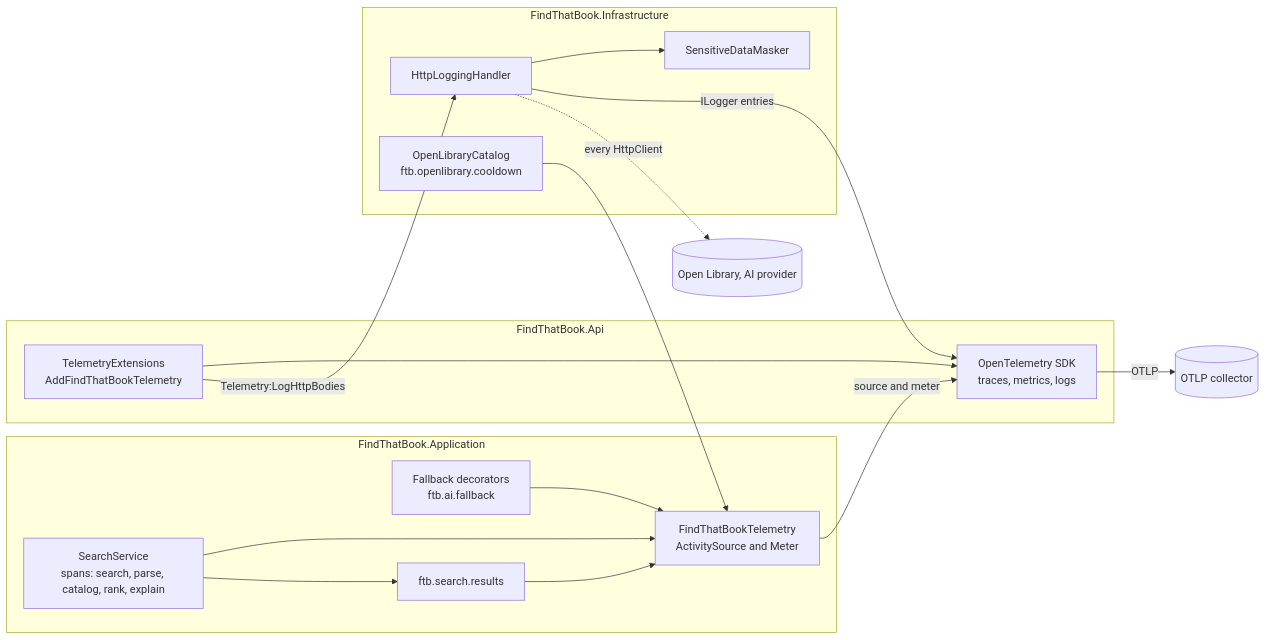
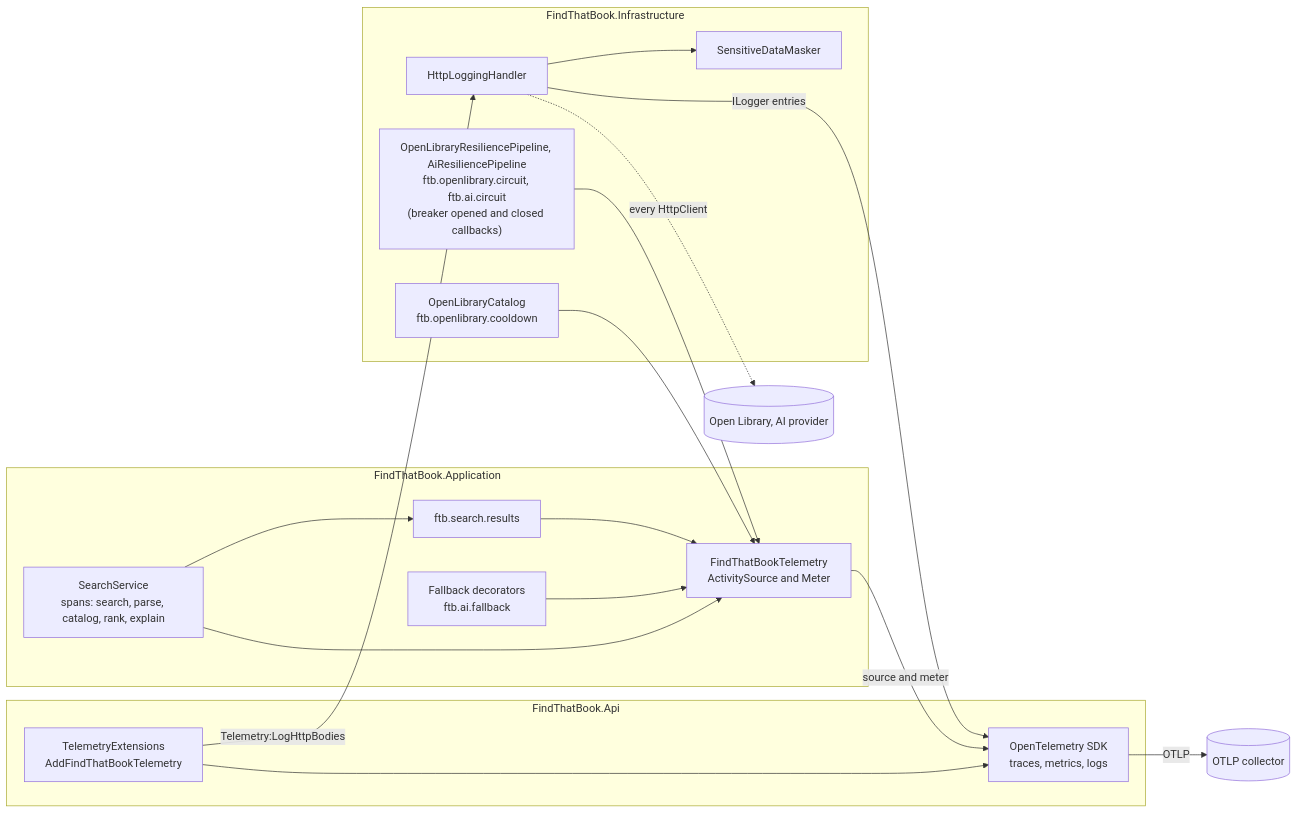
One commit to juan-alvarez-at-trip-arc/find-that-book changed the diagram in docs/architecture/07-telemetry.md. Above: the diagram before and after it, drawn with Mermaid. The commit also changed other lines of this file and 32 other files, not shown here.

First line of the commit message:
feat: add Polly retry, circuit breaker and timeouts for Open Library and AI calls

````diff
--- a/docs/architecture/07-telemetry.md
+++ b/docs/architecture/07-telemetry.md
@@ -5,32 +5,34 @@
 ```mermaid
 flowchart LR
     subgraph Api["FindThatBook.Api"]
         TE["TelemetryExtensions<br/>AddFindThatBookTelemetry"]
         OTel["OpenTelemetry SDK<br/>traces, metrics, logs"]
     end
 
     subgraph App_["FindThatBook.Application"]
         FT["FindThatBookTelemetry<br/>ActivitySource and Meter"]
         SS["SearchService<br/>spans: search, parse, catalog, rank, explain"]
         FB["Fallback decorators<br/>ftb.ai.fallback"]
         SR["ftb.search.results"]
     end
 
     subgraph Infra["FindThatBook.Infrastructure"]
         HL["HttpLoggingHandler"]
         M["SensitiveDataMasker"]
         OC["OpenLibraryCatalog<br/>ftb.openlibrary.cooldown"]
+        RP["OpenLibraryResiliencePipeline, AiResiliencePipeline<br/>ftb.openlibrary.circuit, ftb.ai.circuit<br/>(breaker opened and closed callbacks)"]
     end
 
     SS --> FT
     FB --> FT
     SS --> SR --> FT
     OC --> FT
+    RP --> FT
     TE --> OTel
     FT -- "source and meter" --> OTel
     HL --> M
     HL -- "ILogger entries" --> OTel
     TE -- "Telemetry:LogHttpBodies" --> HL
     OTel -- "OTLP" --> col[(OTLP collector)]
     HL -. "every HttpClient" .-> ext[(Open Library, AI provider)]
 ```
````
